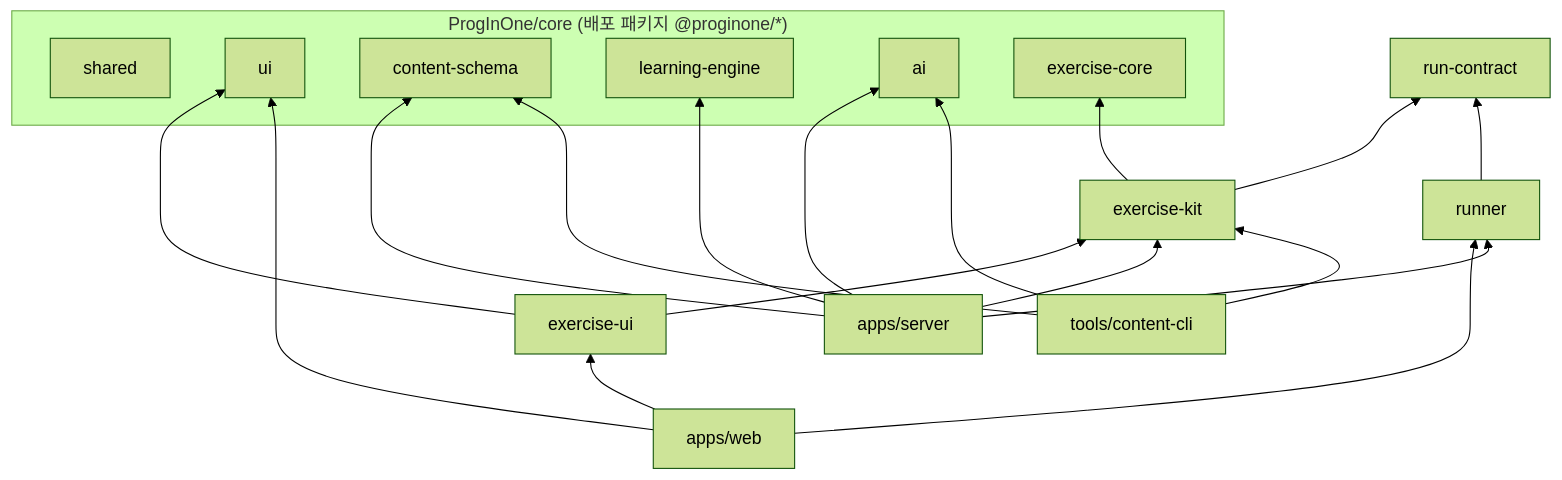
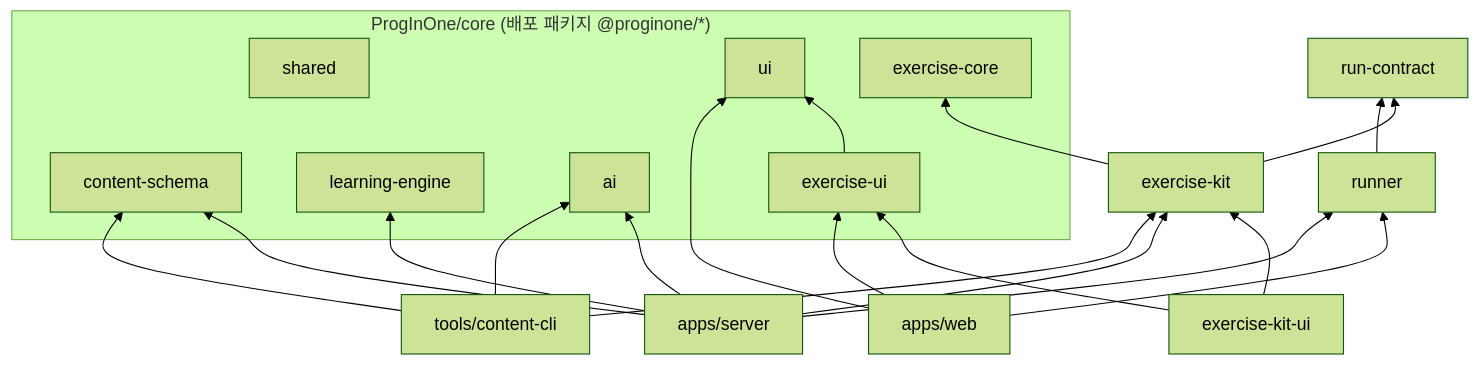
The second of 4 diagrams in docs/design/system-architecture.md (ProgInOne/javascript), drawn with Mermaid (forest theme) before and after one commit. The commit also changed other lines of this file and 72 other files, not shown here.

First line of the commit message:
refactor(exercise-ui): 공통 문제 UI를 @proginone/exercise-ui로, 이 저장소 패키지는 exercise-kit-ui로 (#36)

````diff
--- a/docs/design/system-architecture.md
+++ b/docs/design/system-architecture.md
@@ -138,28 +138,30 @@
 ```mermaid
 flowchart BT
     subgraph core["ProgInOne/core (배포 패키지 @proginone/*)"]
         shared
         ui
         contentschema[content-schema]
         engine[learning-engine]
         ai
         exercisecore[exercise-core]
+        exerciseui[exercise-ui]
     end
     runcontract[run-contract]
     exercisekit[exercise-kit] --> exercisecore
     exercisekit --> runcontract
-    exerciseui[exercise-ui] --> exercisekit
+    exercisekitui[exercise-kit-ui] --> exercisekit
+    exercisekitui --> exerciseui
     exerciseui --> ui
     runner --> runcontract
     web[apps/web] --> ui
     web --> exerciseui
     web --> runner
     server[apps/server] --> runner
     server --> engine
     server --> ai
     server --> exercisekit
     server --> contentschema
     cli[tools/content-cli] --> contentschema
     cli --> exercisekit
     cli --> ai
 ```
````
